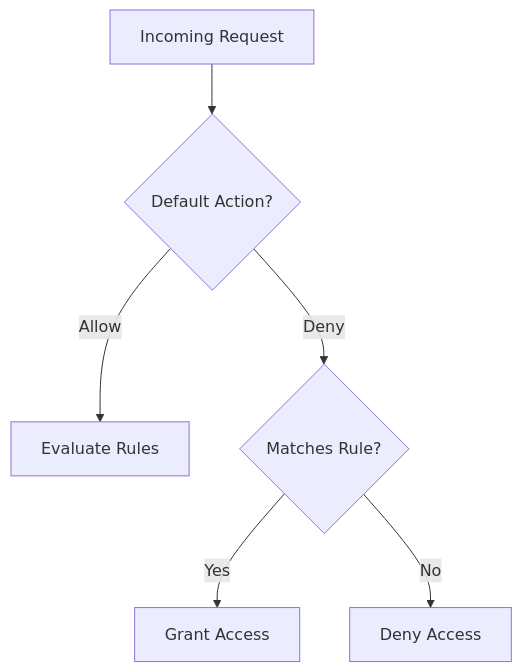
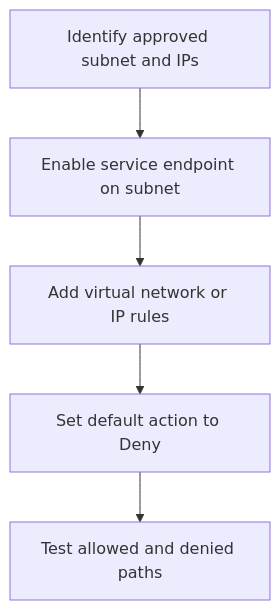
One commit to yeongseon/azure-storage-practical-guide changed the diagram in docs/operations/configure-network-rules.md. Above: the diagram before and after it, drawn with Mermaid. The commit also changed other lines of this file and 10 other files, not shown here.

````diff
--- a/docs/operations/configure-network-rules.md
+++ b/docs/operations/configure-network-rules.md
@@ -36,8 +46,7 @@
 ```mermaid
-graph TD
-    A[Incoming Request] --> B{Default Action?}
-    B -->|Allow| C[Evaluate Rules]
-    B -->|Deny| D{Matches Rule?}
-    D -->|Yes| E[Grant Access]
-    D -->|No| F[Deny Access]
+flowchart TD
+    A[Identify approved subnet and IPs] --> B[Enable service endpoint on subnet]
+    B --> C[Add virtual network or IP rules]
+    C --> D[Set default action to Deny]
+    D --> E[Test allowed and denied paths]
 ```
````
